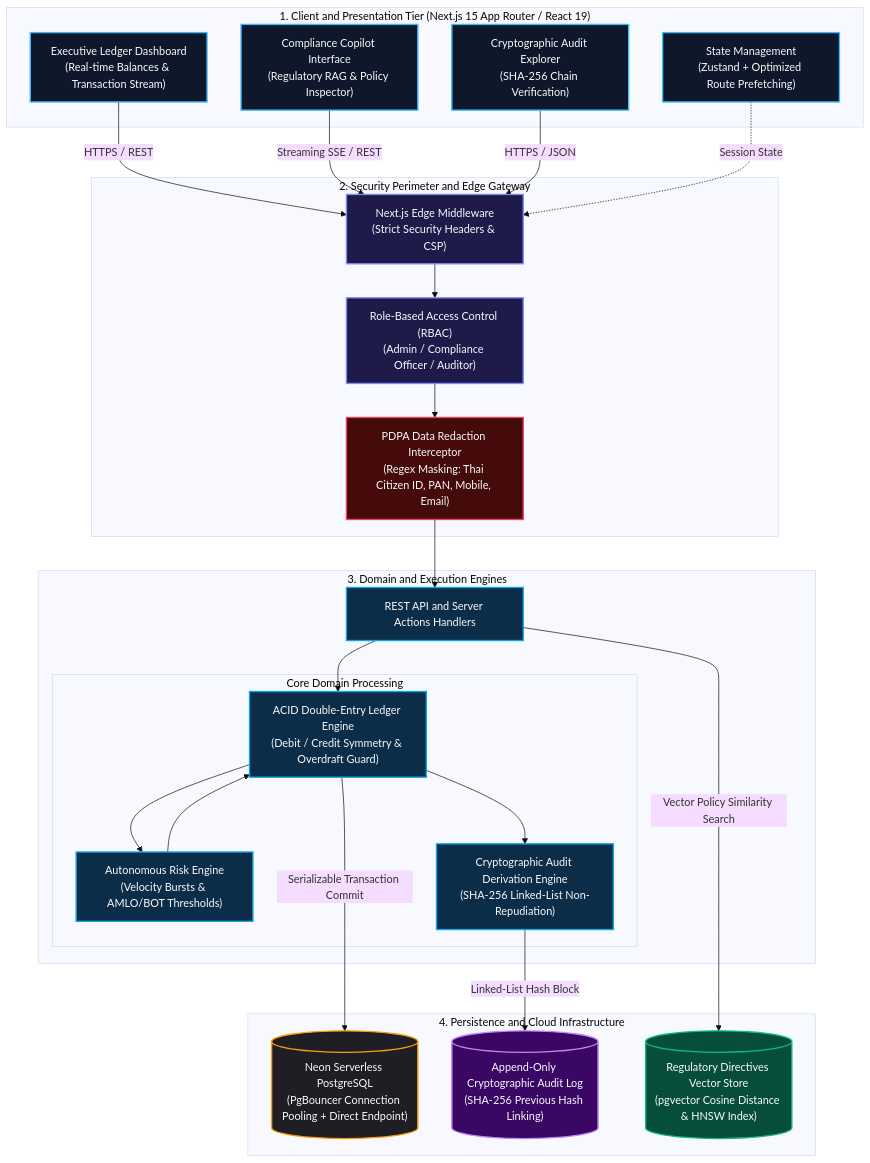
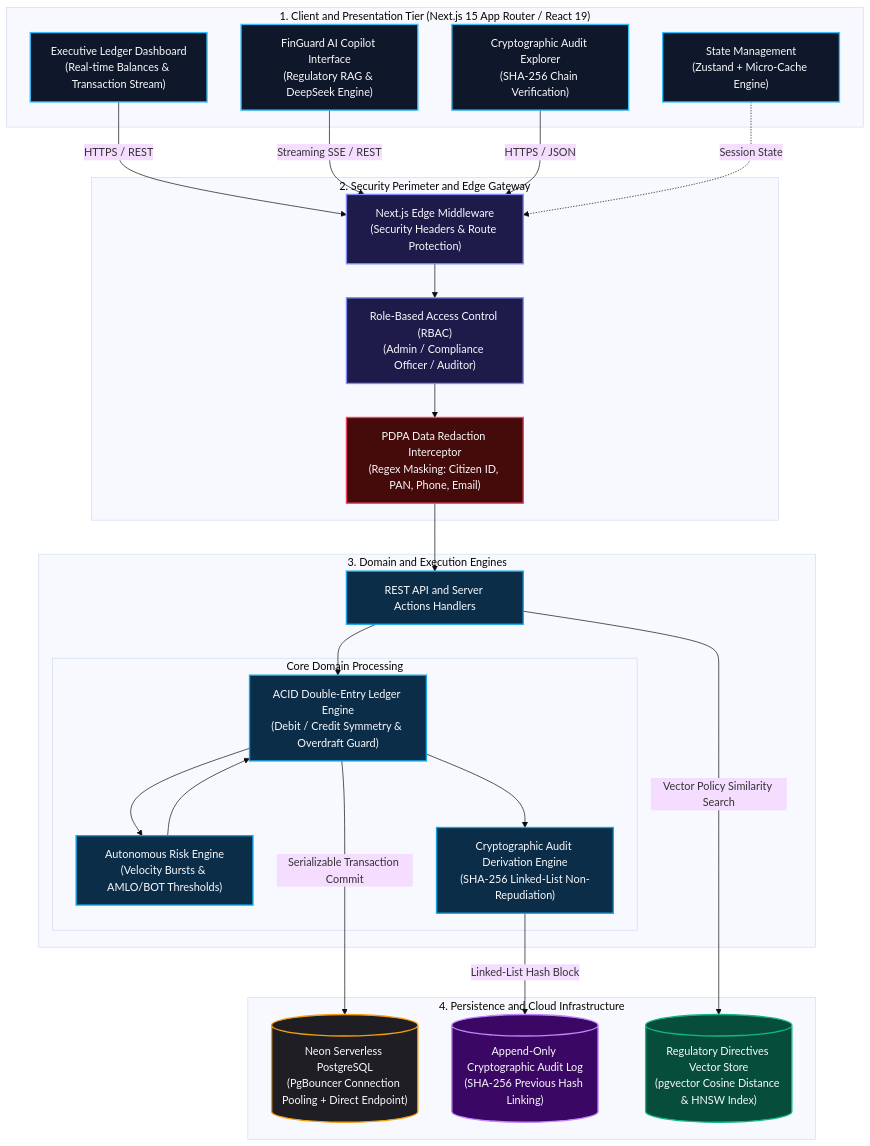
The diagram in README.md (satetapongsa/Finguard-Ai), drawn with Mermaid (base theme) before and after one commit. The commit also changed other lines of this file, not shown here.

Commit message:
docs: update README with release v1.2.0 engineering log business purpose maturity matrix and roadmap

````diff
--- a/README.md
+++ b/README.md
@@ -28,57 +82,57 @@
 ```mermaid
 flowchart TB
     classDef client fill:#0f172a,stroke:#38bdf8,stroke-width:2px,color:#f8fafc;
     classDef edge fill:#1e1b4b,stroke:#818cf8,stroke-width:2px,color:#f8fafc;
     classDef security fill:#450a0a,stroke:#f43f5e,stroke-width:2px,color:#f8fafc;
     classDef core fill:#0c2d48,stroke:#0ea5e9,stroke-width:2px,color:#f8fafc;
     classDef ai fill:#064e3b,stroke:#10b981,stroke-width:2px,color:#f8fafc;
     classDef data fill:#1e1e24,stroke:#f59e0b,stroke-width:2px,color:#f8fafc;
     classDef audit fill:#3b0764,stroke:#c084fc,stroke-width:2px,color:#f8fafc;
 
     subgraph L1 ["1. Client and Presentation Tier (Next.js 15 App Router / React 19)"]
         UI_DASH["Executive Ledger Dashboard\n(Real-time Balances & Transaction Stream)"]:::client
-        UI_COPILOT["Compliance Copilot Interface\n(Regulatory RAG & Policy Inspector)"]:::client
+        UI_COPILOT["FinGuard AI Copilot Interface\n(Regulatory RAG & DeepSeek Engine)"]:::client
         UI_AUDIT["Cryptographic Audit Explorer\n(SHA-256 Chain Verification)"]:::client
-        STATE_STORE["State Management\n(Zustand + Optimized Route Prefetching)"]:::client
+        STATE_STORE["State Management\n(Zustand + Micro-Cache Engine)"]:::client
     end
 
     subgraph L2 ["2. Security Perimeter and Edge Gateway"]
-        EDGE_ROUTER["Next.js Edge Middleware\n(Strict Security Headers & CSP)"]:::edge
+        EDGE_ROUTER["Next.js Edge Middleware\n(Security Headers & Route Protection)"]:::edge
         AUTH_RBAC["Role-Based Access Control (RBAC)\n(Admin / Compliance Officer / Auditor)"]:::edge
-        PDPA_SHIELD["PDPA Data Redaction Interceptor\n(Regex Masking: Thai Citizen ID, PAN, Mobile, Email)"]:::security
+        PDPA_SHIELD["PDPA Data Redaction Interceptor\n(Regex Masking: Citizen ID, PAN, Phone, Email)"]:::security
     end
 
     subgraph L3 ["3. Domain and Execution Engines"]
         API_GW["REST API and Server Actions Handlers"]:::core
         
         subgraph ENGINES ["Core Domain Processing"]
             TX_ENGINE["ACID Double-Entry Ledger Engine\n(Debit / Credit Symmetry & Overdraft Guard)"]:::core
             RISK_ENGINE["Autonomous Risk Engine\n(Velocity Bursts & AMLO/BOT Thresholds)"]:::core
             AUDIT_ENGINE["Cryptographic Audit Derivation Engine\n(SHA-256 Linked-List Non-Repudiation)"]:::core
         end
     end
 
     subgraph L4 ["4. Persistence and Cloud Infrastructure"]
         DB_NEON[("Neon Serverless PostgreSQL\n(PgBouncer Connection Pooling + Direct Endpoint)")]:::data
         AUDIT_CHAIN[("Append-Only Cryptographic Audit Log\n(SHA-256 Previous Hash Linking)")]:::audit
         VEC_STORE[("Regulatory Directives Vector Store\n(pgvector Cosine Distance & HNSW Index)")]:::ai
     end
 
     UI_DASH -->|HTTPS / REST| EDGE_ROUTER
     UI_COPILOT -->|Streaming SSE / REST| EDGE_ROUTER
     UI_AUDIT -->|HTTPS / JSON| EDGE_ROUTER
     STATE_STORE -.->|Session State| EDGE_ROUTER
 
     EDGE_ROUTER --> AUTH_RBAC
     AUTH_RBAC --> PDPA_SHIELD
     PDPA_SHIELD --> API_GW
 
     API_GW --> TX_ENGINE
     TX_ENGINE --> RISK_ENGINE
     RISK_ENGINE --> TX_ENGINE
     TX_ENGINE --> AUDIT_ENGINE
 
     TX_ENGINE -->|Serializable Transaction Commit| DB_NEON
     AUDIT_ENGINE -->|Linked-List Hash Block| AUDIT_CHAIN
     API_GW -->|Vector Policy Similarity Search| VEC_STORE
 ```
````
